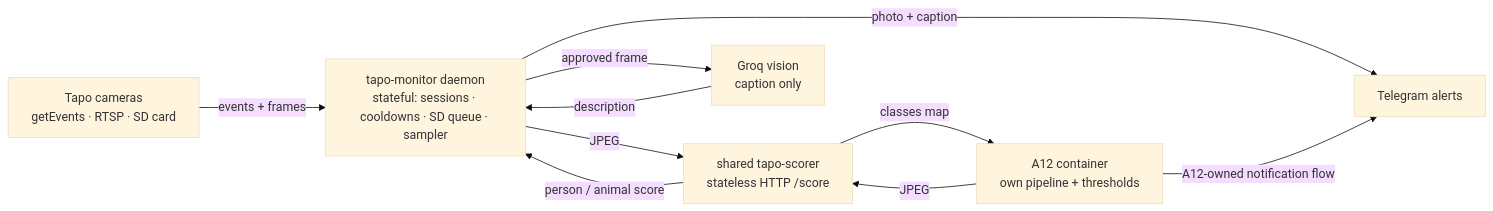
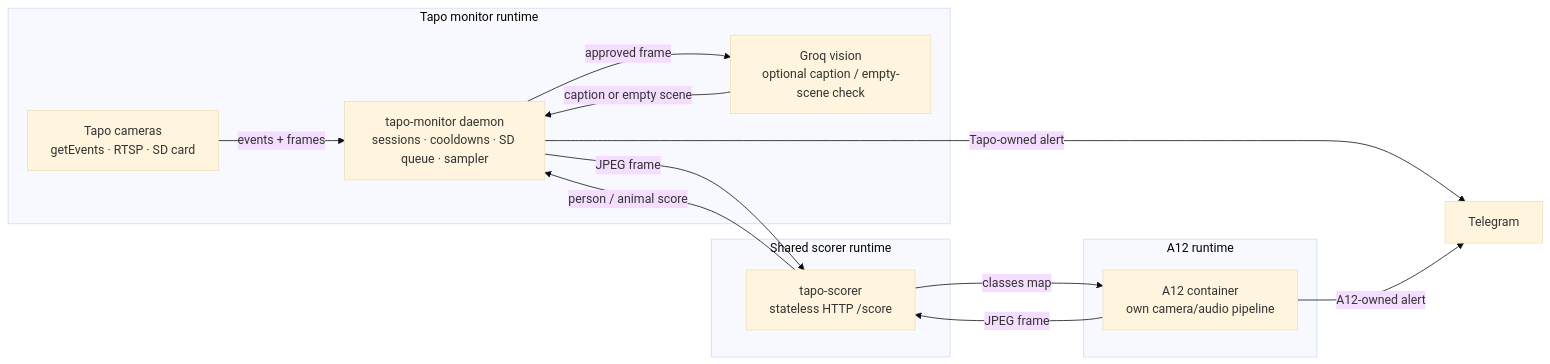
One commit to PeterkoCZ91/tapo-monitoring changed the first of 3 diagrams in README.md. Above: the diagram before and after it, drawn with Mermaid (base theme). The commit also changed other lines of this file and 1 other file, not shown here.

Commit message:
Clarify Tapo runtime architecture diagrams

````diff
--- a/README.md
+++ b/README.md
@@ -70,20 +82,29 @@
 ```mermaid
 flowchart LR
-    CAM["Tapo cameras<br/>getEvents · RTSP · SD card"]
-    MON["tapo-monitor daemon<br/>stateful: sessions · cooldowns · SD queue · sampler"]
-    SCORE["shared tapo-scorer<br/>stateless HTTP /score"]
-    GROQ["Groq vision<br/>caption only"]
-    TG["Telegram alerts"]
-    A12["A12 container<br/>own pipeline + thresholds"]
+    subgraph tapo["Tapo monitor runtime"]
+      CAM["Tapo cameras<br/>getEvents · RTSP · SD card"]
+      MON["tapo-monitor daemon<br/>sessions · cooldowns · SD queue · sampler"]
+      GROQ["Groq vision<br/>optional caption / empty-scene check"]
+    end
+
+    subgraph shared["Shared scorer runtime"]
+      SCORE["tapo-scorer<br/>stateless HTTP /score"]
+    end
+
+    subgraph a12["A12 runtime"]
+      A12["A12 container<br/>own camera/audio pipeline"]
+    end
+
+    TG["Telegram"]
 
     CAM -->|"events + frames"| MON
-    MON -->|"JPEG"| SCORE
+    MON -->|"JPEG frame"| SCORE
     SCORE -->|"person / animal score"| MON
     MON -->|"approved frame"| GROQ
-    GROQ -->|"description"| MON
-    MON -->|"photo + caption"| TG
+    GROQ -->|"caption or empty scene"| MON
+    MON -->|"Tapo-owned alert"| TG
 
-    A12 -->|"JPEG"| SCORE
+    A12 -->|"JPEG frame"| SCORE
     SCORE -->|"classes map"| A12
-    A12 -->|"A12-owned notification flow"| TG
+    A12 -->|"A12-owned alert"| TG
 ```
````
